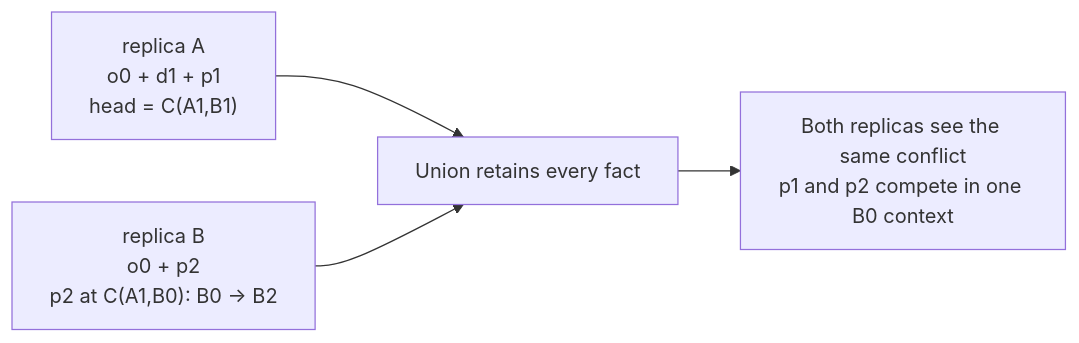
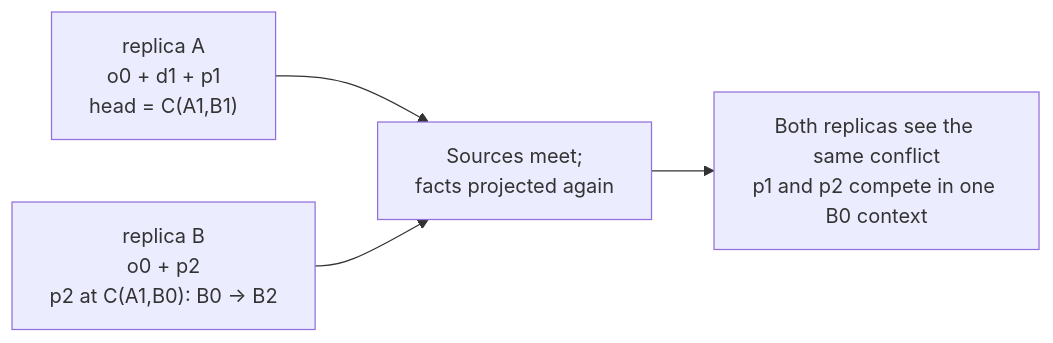
One commit to estoc-dev/estoc changed the ninth of 18 diagrams in packages/continuity/docs/guide.md. Above: the diagram before and after it, drawn with Mermaid. The commit also changed other lines of this file and 35 other files, not shown here.

````diff
--- a/packages/continuity/docs/guide.md
+++ b/packages/continuity/docs/guide.md
@@ -276,6 +285,6 @@
 ```mermaid
 flowchart LR
-    A["replica A<br/>o0 + d1 + p1<br/>head = C(A1,B1)"] --> M["Union retains every fact"]
+    A["replica A<br/>o0 + d1 + p1<br/>head = C(A1,B1)"] --> M["Sources meet;<br/>facts projected again"]
     B["replica B<br/>o0 + p2<br/>p2 at C(A1,B0): B0 → B2"] --> M
     M --> R["Both replicas see the same conflict<br/>p1 and p2 compete in one B0 context"]
 ```
````
